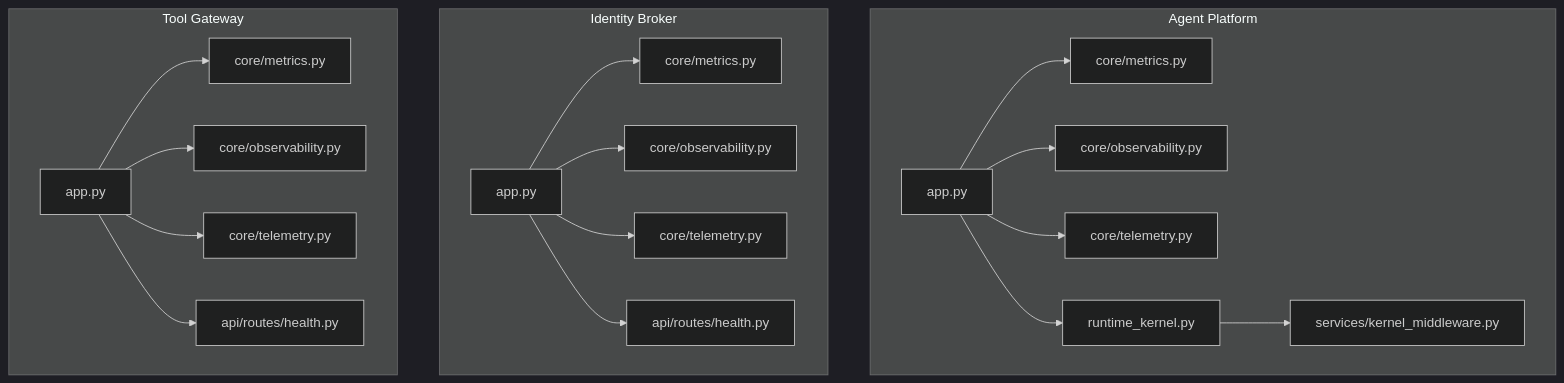
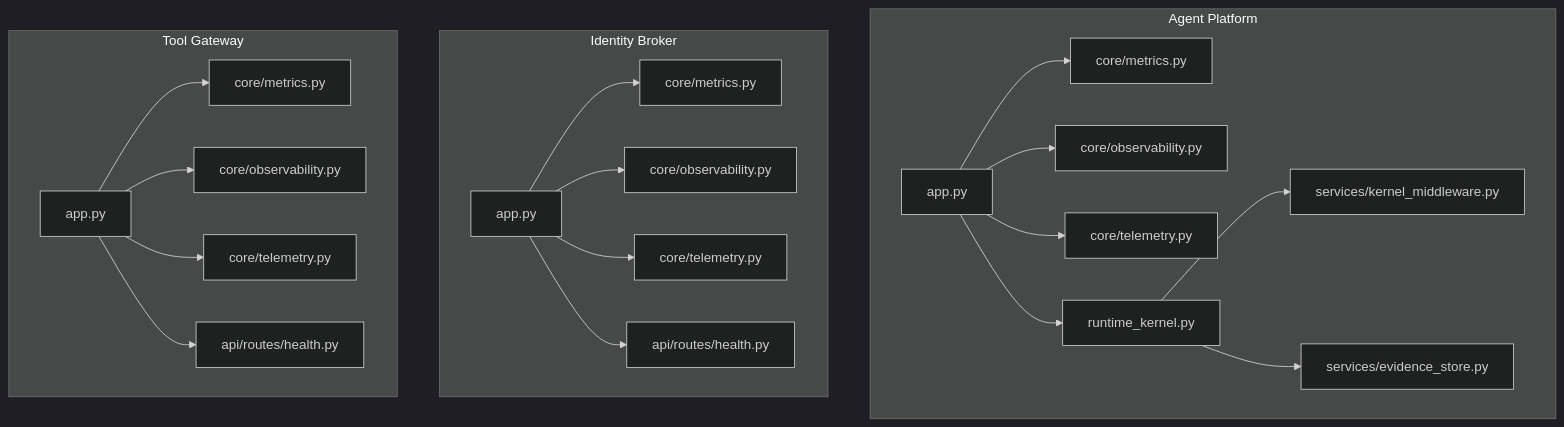
The first of 3 diagrams in .qoder/repowiki/en/content/Agent Platform Service/Observability and Monitoring.md (metasync/luban-aiops), drawn with Mermaid (dark theme) before and after one commit. The commit also changed other lines of this file and 8 other files, not shown here.

````diff
--- a/.qoder/repowiki/en/content/Agent Platform Service/Observability and Monitoring.md
+++ b/.qoder/repowiki/en/content/Agent Platform Service/Observability and Monitoring.md
@@ -72,38 +76,40 @@
 ```mermaid
 graph TB
 subgraph "Agent Platform"
 AP_app["app.py"]
 AP_metrics["core/metrics.py"]
 AP_obs["core/observability.py"]
 AP_telemetry["core/telemetry.py"]
 AP_kernel["runtime_kernel.py"]
 AP_middleware["services/kernel_middleware.py"]
+AP_evidence["services/evidence_store.py"]
 end
 subgraph "Identity Broker"
 IB_app["app.py"]
 IB_metrics["core/metrics.py"]
 IB_obs["core/observability.py"]
 IB_telemetry["core/telemetry.py"]
 IB_health["api/routes/health.py"]
 end
 subgraph "Tool Gateway"
 TG_app["app.py"]
 TG_metrics["core/metrics.py"]
 TG_obs["core/observability.py"]
 TG_telemetry["core/telemetry.py"]
 TG_health["api/routes/health.py"]
 end
 AP_app --> AP_metrics
 AP_app --> AP_obs
 AP_app --> AP_telemetry
 AP_app --> AP_kernel
 AP_kernel --> AP_middleware
+AP_kernel --> AP_evidence
 IB_app --> IB_metrics
 IB_app --> IB_obs
 IB_app --> IB_telemetry
 IB_app --> IB_health
 TG_app --> TG_metrics
 TG_app --> TG_obs
 TG_app --> TG_telemetry
 TG_app --> TG_health
 ```
````
